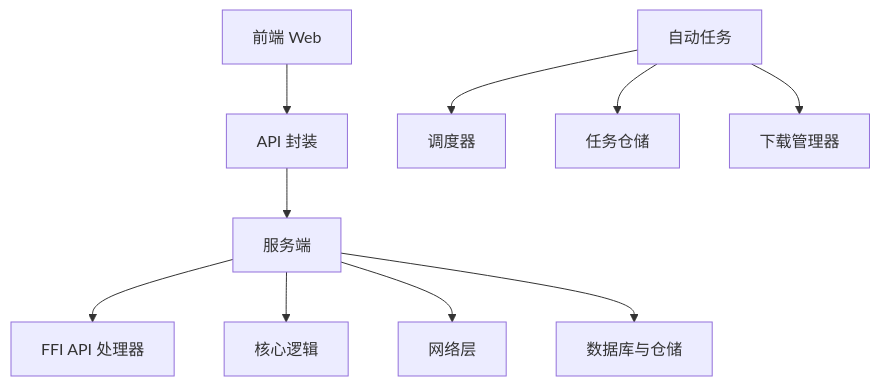
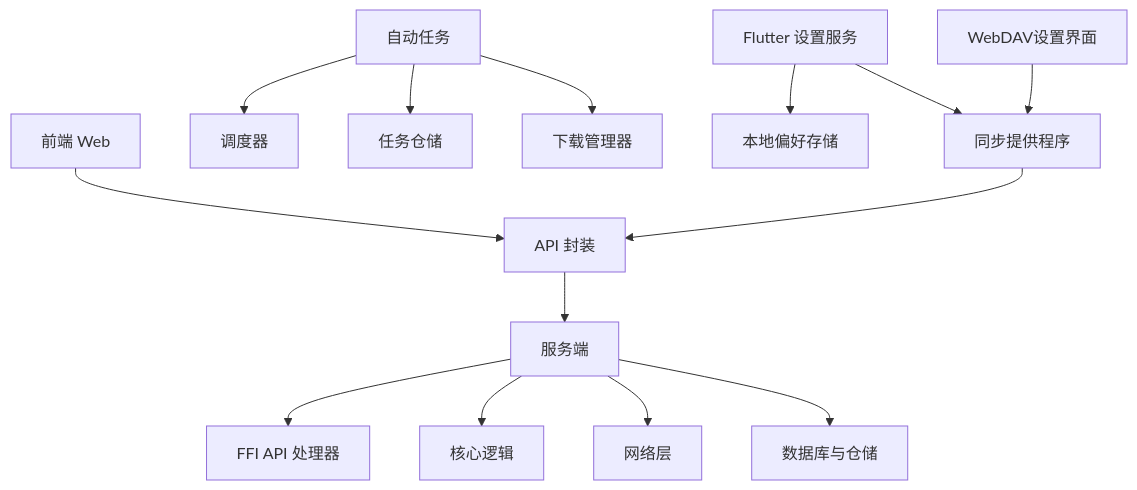
Before and after one commit to ZhangGHGitHub/LegadoTeamFlutter: diagram 11 of 11 in .qoder/repowiki/zh/content/同步服务/同步服务.md, drawn with Mermaid. The commit also changed other lines of this file and 173 other files, not shown here.

````diff
--- a/.qoder/repowiki/zh/content/同步服务/同步服务.md
+++ b/.qoder/repowiki/zh/content/同步服务/同步服务.md
@@ -422,12 +531,16 @@
 ```mermaid
 graph TB
 Server["服务端"] --> Handlers["FFI API 处理器"]
 Server --> Core["核心逻辑"]
 Server --> Net["网络层"]
 Server --> DB["数据库与仓储"]
 Web["前端 Web"] --> API["API 封装"]
 API --> Server
 AutoTask["自动任务"] --> Scheduler["调度器"]
 AutoTask --> Repo["任务仓储"]
 AutoTask --> Downloader["下载管理器"]
+Flutter["Flutter 设置服务"] --> Prefs["本地偏好存储"]
+Flutter --> Provider["同步提供程序"]
+Provider --> API
+WebDavScreen["WebDAV设置界面"] --> Provider
 ```
````
